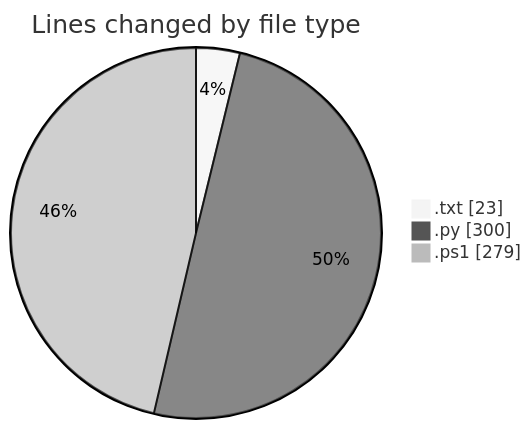
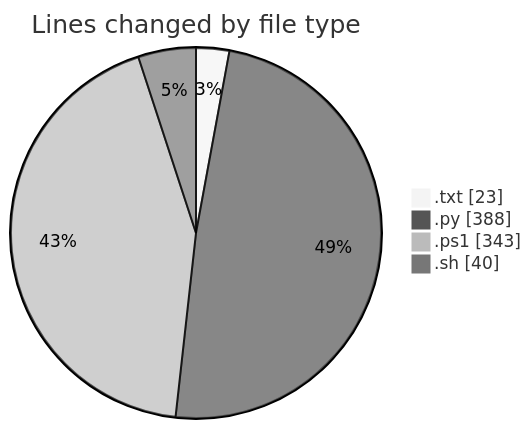
The first of 2 diagrams in 2025-05-16/python_app_deploy/README.md (CELIANVF/code-tracking), drawn with Mermaid (neutral theme) before and after one commit. The commit also changed other lines of this file and 1 other file, not shown here.

````diff
--- a/2025-05-16/python_app_deploy/README.md
+++ b/2025-05-16/python_app_deploy/README.md
@@ -24,7 +25,8 @@
 ```mermaid
 pie showData
 title Lines changed by file type
 ".txt" : 23
-".py" : 300
-".ps1" : 279
+".py" : 388
+".ps1" : 343
+".sh" : 40
 ```
````
